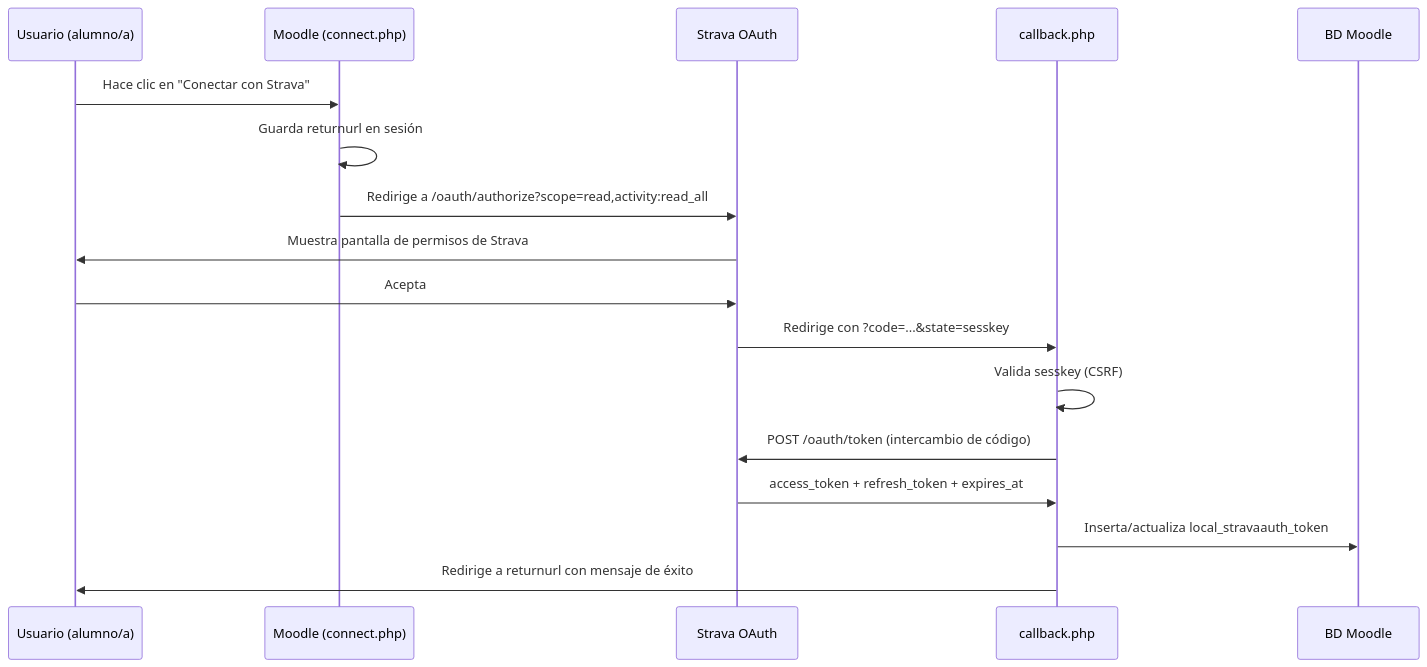
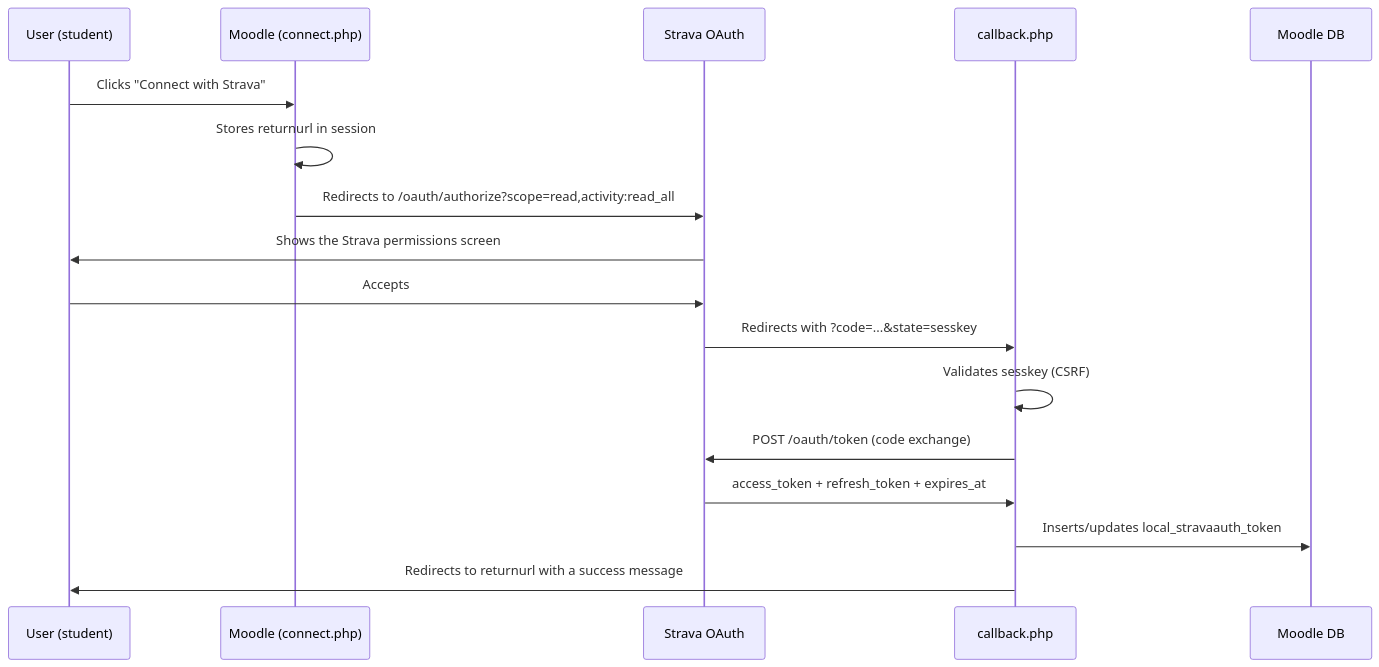
The diagram in README.md (rollercly/moodle-local-stravaauth), drawn with Mermaid before and after one commit. The commit also changed other lines of this file and 10 other files, not shown here.

````diff
--- a/README.md
+++ b/README.md
@@ -124,20 +124,20 @@
 ```mermaid
 sequenceDiagram
-    participant U as Usuario (alumno/a)
+    participant U as User (student)
     participant M as Moodle (connect.php)
     participant S as Strava OAuth
     participant C as callback.php
-    participant DB as BD Moodle
+    participant DB as Moodle DB
 
-    U->>M: Hace clic en "Conectar con Strava"
-    M->>M: Guarda returnurl en sesión
-    M->>S: Redirige a /oauth/authorize?scope=read,activity:read_all
-    S->>U: Muestra pantalla de permisos de Strava
-    U->>S: Acepta
-    S->>C: Redirige con ?code=...&state=sesskey
-    C->>C: Valida sesskey (CSRF)
-    C->>S: POST /oauth/token (intercambio de código)
+    U->>M: Clicks "Connect with Strava"
+    M->>M: Stores returnurl in session
+    M->>S: Redirects to /oauth/authorize?scope=read,activity:read_all
+    S->>U: Shows the Strava permissions screen
+    U->>S: Accepts
+    S->>C: Redirects with ?code=...&state=sesskey
+    C->>C: Validates sesskey (CSRF)
+    C->>S: POST /oauth/token (code exchange)
     S->>C: access_token + refresh_token + expires_at
-    C->>DB: Inserta/actualiza local_stravaauth_token
-    C->>U: Redirige a returnurl con mensaje de éxito
+    C->>DB: Inserts/updates local_stravaauth_token
+    C->>U: Redirects to returnurl with a success message
 ```
````
